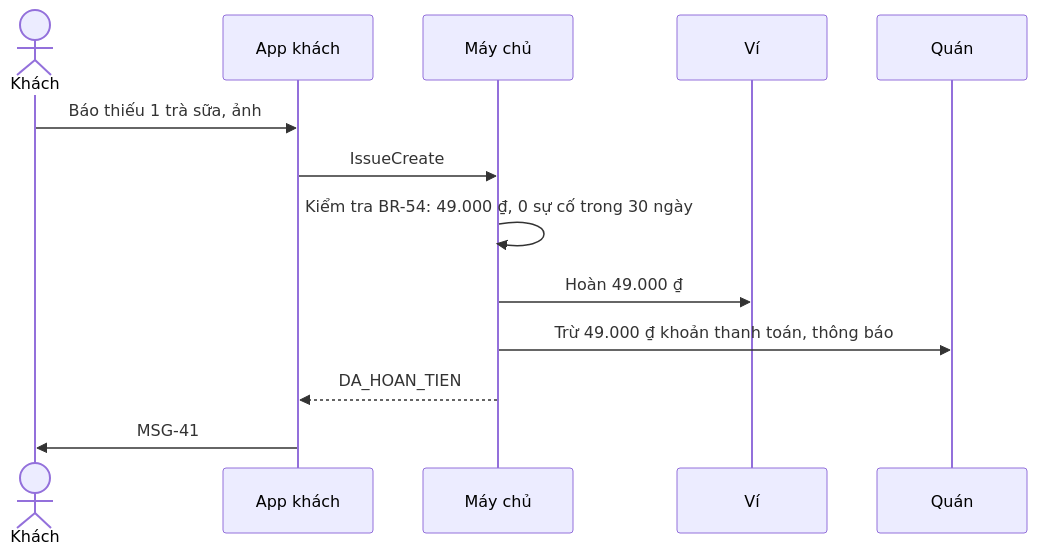
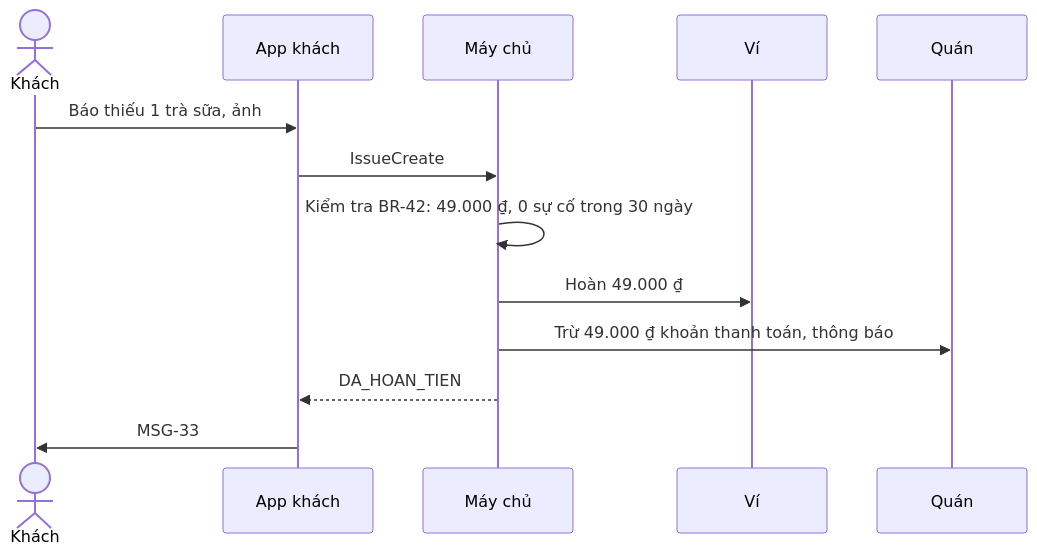
Before and after one commit to uxfoundation-vn/de06-dat-ship-do-an: diagram 15 of 15 in docs/SRS.md, drawn with Mermaid. The commit also changed other lines of this file and 2 other files, not shown here.

````diff
--- a/docs/SRS.md
+++ b/docs/SRS.md
@@ -1313,15 +951,15 @@
 ```mermaid
 sequenceDiagram
   actor K as Khách
   participant App as App khách
   participant API as Máy chủ
   participant V as Ví
   participant Q as Quán
   K->>App: Báo thiếu 1 trà sữa, ảnh
   App->>API: IssueCreate
-  API->>API: Kiểm tra BR-54: 49.000 ₫, 0 sự cố trong 30 ngày
+  API->>API: Kiểm tra BR-42: 49.000 ₫, 0 sự cố trong 30 ngày
   API->>V: Hoàn 49.000 ₫
   API->>Q: Trừ 49.000 ₫ khoản thanh toán, thông báo
   API-->>App: DA_HOAN_TIEN
-  App->>K: MSG-41
+  App->>K: MSG-33
 ```
````
